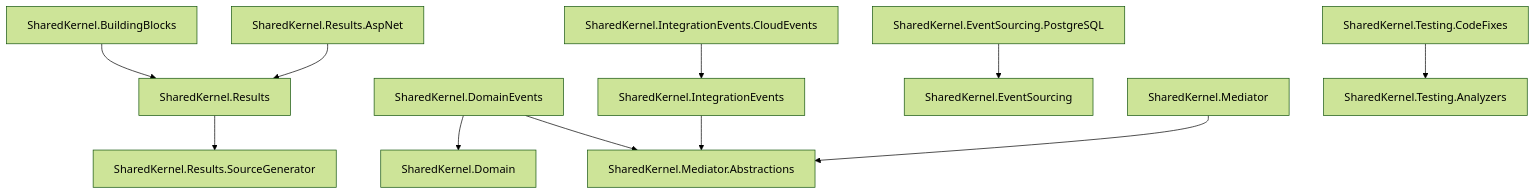
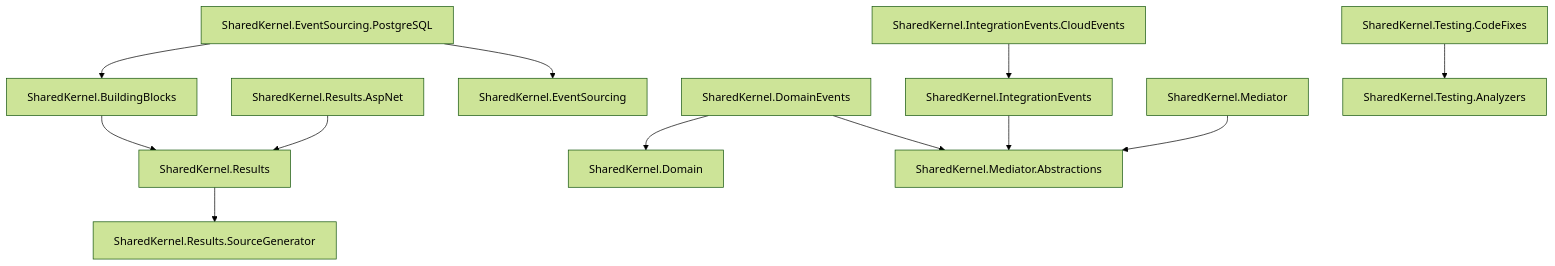
One commit to danigutsch/ViajantesTurismo changed the fourth of 4 diagrams in docs/architecture/boundaries-and-dependencies.md. Above: the diagram before and after it, drawn with Mermaid (forest theme). The commit also changed other lines of this file and 31 other files, not shown here.

````diff
--- a/docs/architecture/boundaries-and-dependencies.md
+++ b/docs/architecture/boundaries-and-dependencies.md
@@ -152,13 +153,14 @@
 ```mermaid
 flowchart TB
     SharedKernel_BuildingBlocks[SharedKernel.BuildingBlocks] --> SharedKernel_Results[SharedKernel.Results]
     SharedKernel_DomainEvents[SharedKernel.DomainEvents] --> SharedKernel_Domain[SharedKernel.Domain]
     SharedKernel_DomainEvents[SharedKernel.DomainEvents] --> SharedKernel_Mediator_Abstractions[SharedKernel.Mediator.Abstractions]
+    SharedKernel_EventSourcing_PostgreSQL[SharedKernel.EventSourcing.PostgreSQL] --> SharedKernel_BuildingBlocks[SharedKernel.BuildingBlocks]
     SharedKernel_EventSourcing_PostgreSQL[SharedKernel.EventSourcing.PostgreSQL] --> SharedKernel_EventSourcing[SharedKernel.EventSourcing]
     SharedKernel_IntegrationEvents[SharedKernel.IntegrationEvents] --> SharedKernel_Mediator_Abstractions[SharedKernel.Mediator.Abstractions]
     SharedKernel_IntegrationEvents_CloudEvents[SharedKernel.IntegrationEvents.CloudEvents] --> SharedKernel_IntegrationEvents[SharedKernel.IntegrationEvents]
     SharedKernel_Mediator[SharedKernel.Mediator] --> SharedKernel_Mediator_Abstractions[SharedKernel.Mediator.Abstractions]
     SharedKernel_Results[SharedKernel.Results] --> SharedKernel_Results_SourceGenerator[SharedKernel.Results.SourceGenerator]
     SharedKernel_Results_AspNet[SharedKernel.Results.AspNet] --> SharedKernel_Results[SharedKernel.Results]
     SharedKernel_Testing_CodeFixes[SharedKernel.Testing.CodeFixes] --> SharedKernel_Testing_Analyzers[SharedKernel.Testing.Analyzers]
 ```
````
